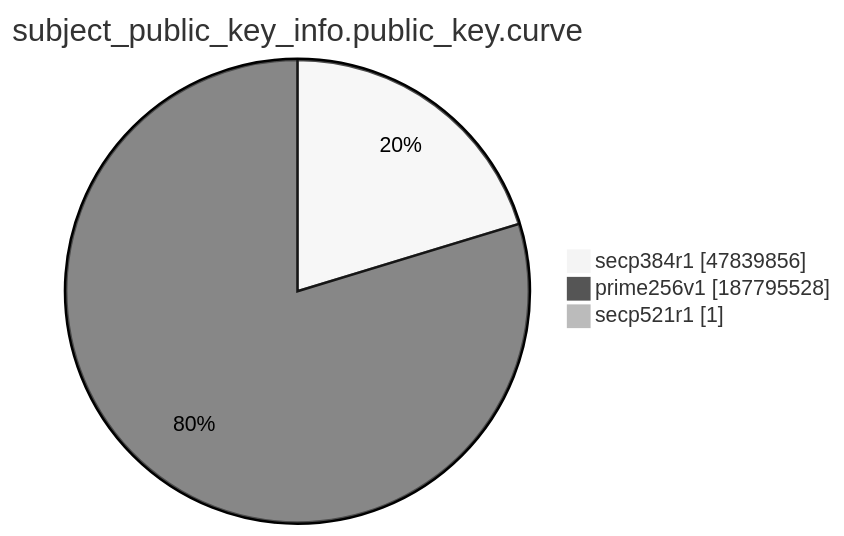
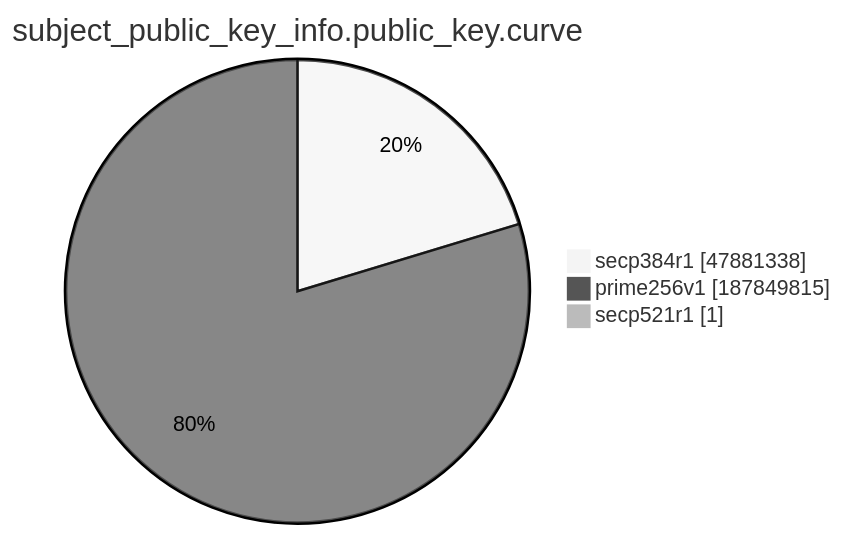
Before and after one commit to christiankrug/ctmonitor_visualization: the ninth of 15 diagrams in xenon2022/README.md, drawn with Mermaid (neutral theme). The commit also changed other lines of this file, not shown here.

````diff
--- a/xenon2022/README.md
+++ b/xenon2022/README.md
@@ -2874,7 +2874,7 @@
 ```mermaid
 pie showData
 title subject_public_key_info.public_key.curve
-"secp384r1" :47839856
-"prime256v1" :187795528
+"secp384r1" :47881338
+"prime256v1" :187849815
 "secp521r1" :1
 ```
````
